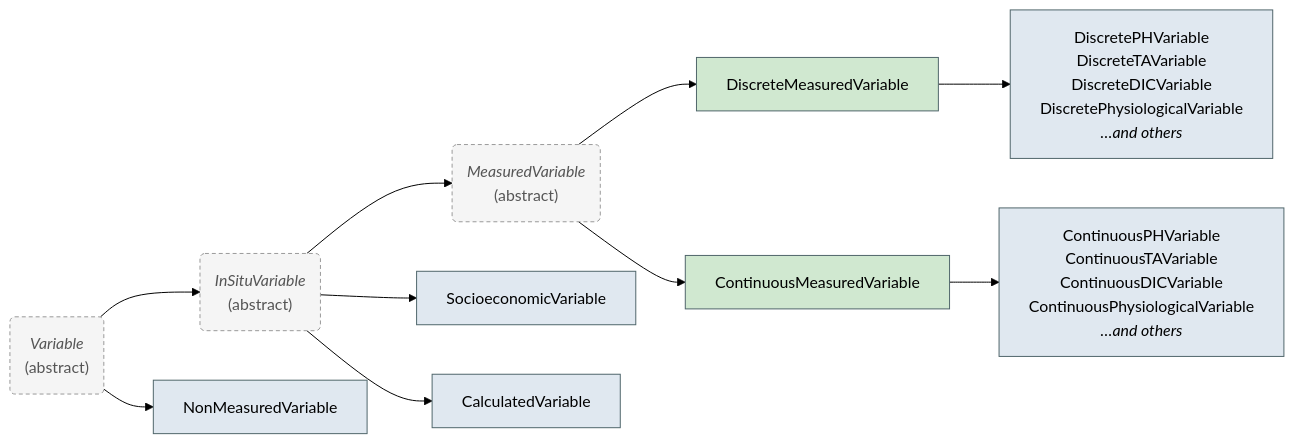
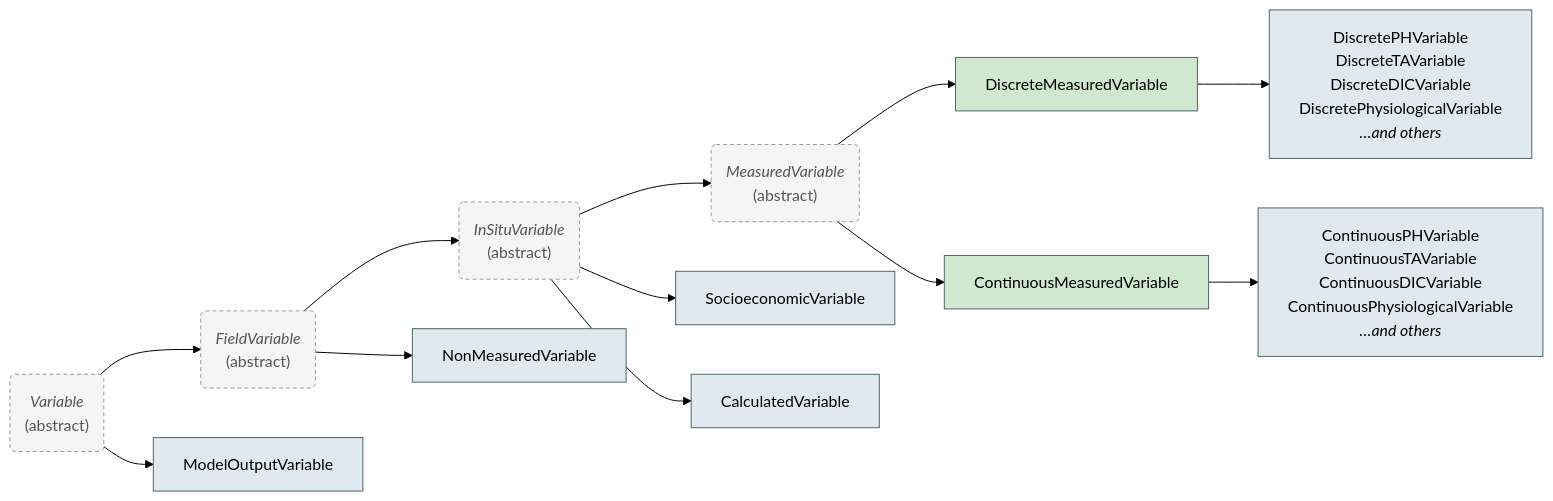
Before and after one commit to submarine-mrv/oae-data-protocol: the diagram in src/docs/files/Variables/index.md, drawn with Mermaid (forest theme). The commit also changed other lines of this file and 11 other files, not shown here.

First line of the commit message:
feat(variable): refactor ModelOutputDataset to store full variable metadata (#37)

````diff
--- a/src/docs/files/Variables/index.md
+++ b/src/docs/files/Variables/index.md
@@ -7,41 +7,46 @@
 ```mermaid
 graph LR
     V("`*Variable*
+    (abstract)`")
+    FV("`*FieldVariable*
     (abstract)`")
     ISV("`*InSituVariable*
     (abstract)`")
     MV("`*MeasuredVariable*
     (abstract)`")
     NMV["NonMeasuredVariable"]
+    MOV["ModelOutputVariable"]
     SEV["SocioeconomicVariable"]
     CV["CalculatedVariable"]
     DM["DiscreteMeasuredVariable"]
     CM["ContinuousMeasuredVariable"]
     DPH["`DiscretePHVariable
     DiscreteTAVariable
     DiscreteDICVariable
     DiscretePhysiologicalVariable
     *…and others*`"]
     CPH["`ContinuousPHVariable
     ContinuousTAVariable
     ContinuousDICVariable
     ContinuousPhysiologicalVariable
     *…and others*`"]
 
-    V --> NMV
-    V --> ISV
+    V --> FV
+    V --> MOV
+    FV --> NMV
+    FV --> ISV
     ISV --> SEV
     ISV --> CV
     ISV --> MV
     MV --> DM
     MV --> CM
     DM --> DPH
     CM --> CPH
 
     classDef abstract fill:#f5f5f5,stroke:#999,stroke-dasharray: 4 3,color:#555
     classDef concrete fill:#e0e8f0,stroke:#4F656A
     classDef leaf fill:#d0e8d0,stroke:#4F656A
-    class V,ISV,MV abstract
-    class NMV,SEV,CV,DPH,CPH concrete
+    class V,FV,ISV,MV abstract
+    class NMV,MOV,SEV,CV,DPH,CPH concrete
     class DM,CM leaf
 ```
````
